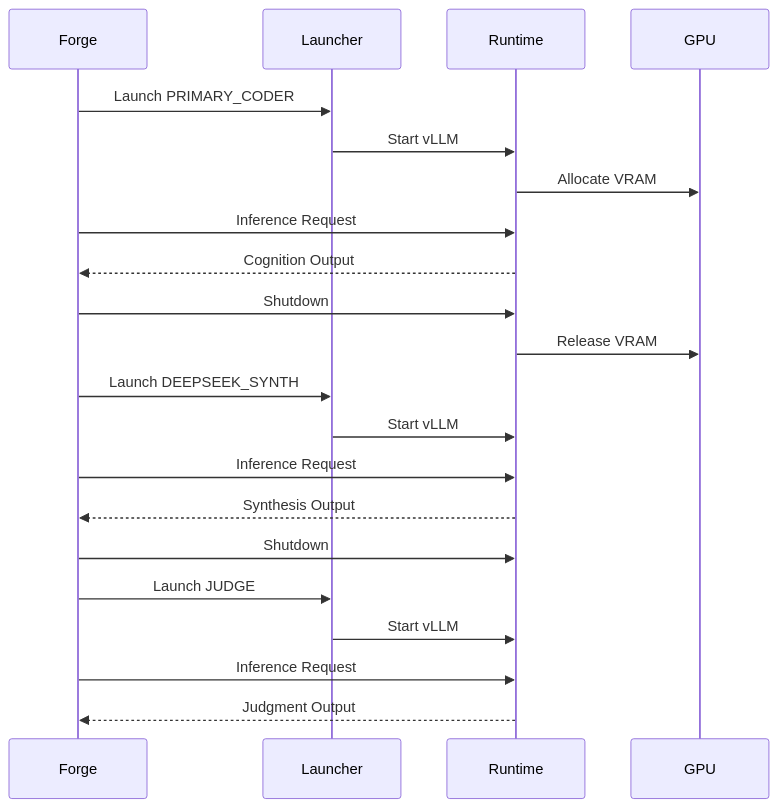
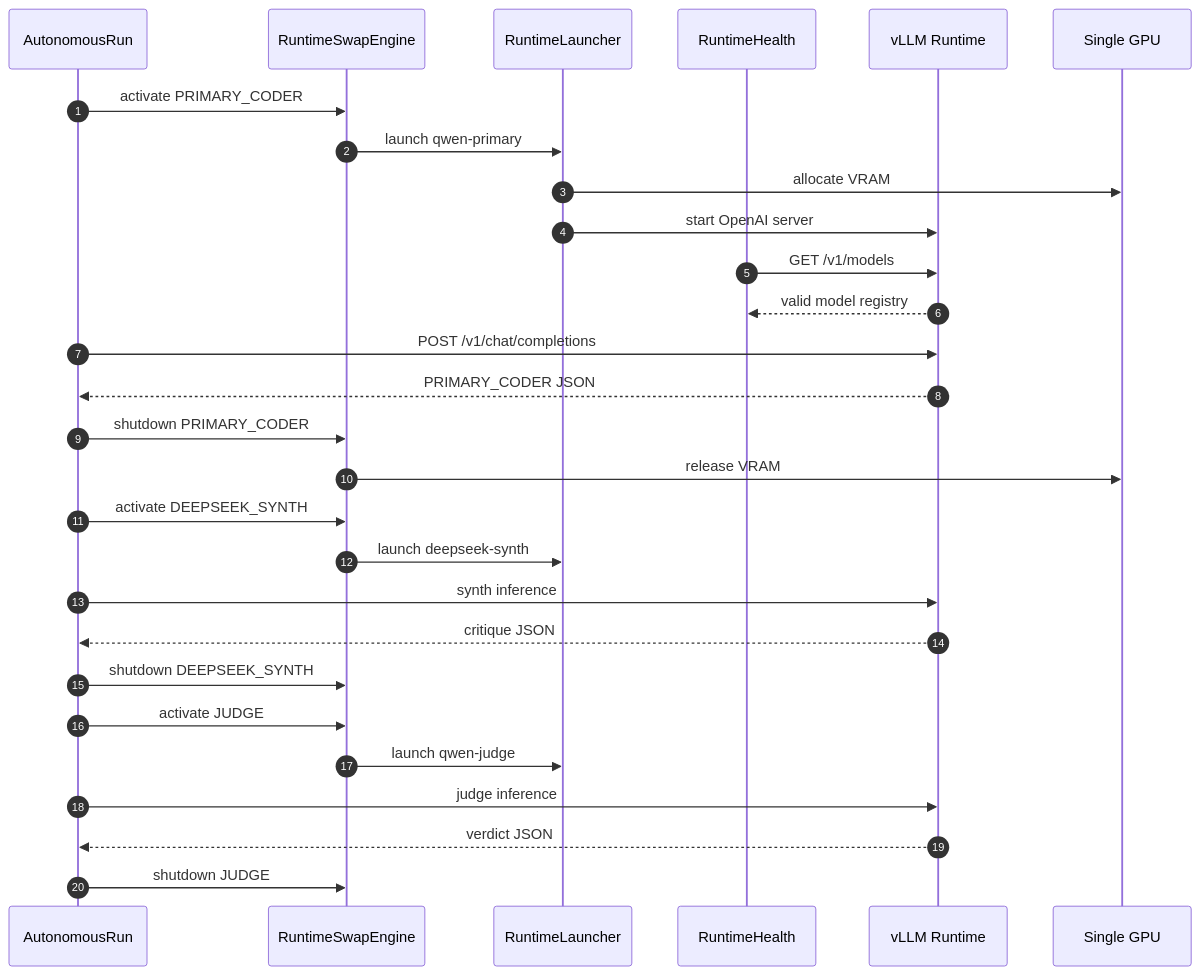
The third of 18 diagrams in README.md (ratishoberoi/forge), drawn with Mermaid before and after one commit. The commit also changed other lines of this file, not shown here.

````diff
--- a/README.md
+++ b/README.md
@@ -118,32 +150,33 @@
 ```mermaid
 sequenceDiagram
+    autonumber
+    participant Run as AutonomousRun
+    participant Swap as RuntimeSwapEngine
+    participant Launcher as RuntimeLauncher
+    participant Health as RuntimeHealth
+    participant VLLM as vLLM Runtime
+    participant GPU as Single GPU
 
-participant Forge
-participant Launcher
-participant Runtime
-participant GPU
+    Run->>Swap: activate PRIMARY_CODER
+    Swap->>Launcher: launch qwen-primary
+    Launcher->>GPU: allocate VRAM
+    Launcher->>VLLM: start OpenAI server
+    Health->>VLLM: GET /v1/models
+    VLLM-->>Health: valid model registry
+    Run->>VLLM: POST /v1/chat/completions
+    VLLM-->>Run: PRIMARY_CODER JSON
+    Run->>Swap: shutdown PRIMARY_CODER
+    Swap->>GPU: release VRAM
 
-Forge->>Launcher: Launch PRIMARY_CODER
-Launcher->>Runtime: Start vLLM
-Runtime->>GPU: Allocate VRAM
+    Run->>Swap: activate DEEPSEEK_SYNTH
+    Swap->>Launcher: launch deepseek-synth
+    Run->>VLLM: synth inference
+    VLLM-->>Run: critique JSON
+    Run->>Swap: shutdown DEEPSEEK_SYNTH
 
-Forge->>Runtime: Inference Request
-Runtime-->>Forge: Cognition Output
-
-Forge->>Runtime: Shutdown
-Runtime->>GPU: Release VRAM
-
-Forge->>Launcher: Launch DEEPSEEK_SYNTH
-Launcher->>Runtime: Start vLLM
-
-Forge->>Runtime: Inference Request
-Runtime-->>Forge: Synthesis Output
-
-Forge->>Runtime: Shutdown
-
-Forge->>Launcher: Launch JUDGE
-Launcher->>Runtime: Start vLLM
-
-Forge->>Runtime: Inference Request
-Runtime-->>Forge: Judgment Output
+    Run->>Swap: activate JUDGE
+    Swap->>Launcher: launch qwen-judge
+    Run->>VLLM: judge inference
+    VLLM-->>Run: verdict JSON
+    Run->>Swap: shutdown JUDGE
 ```
````
